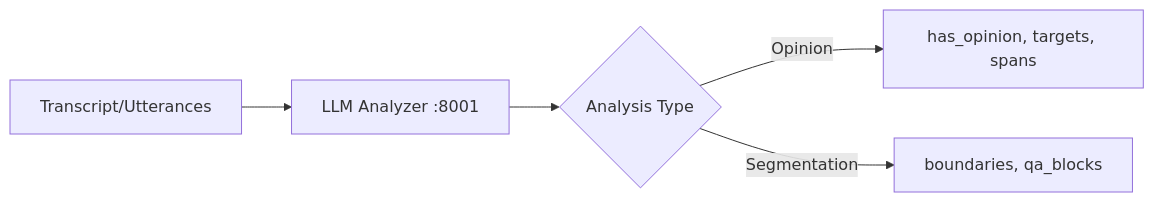
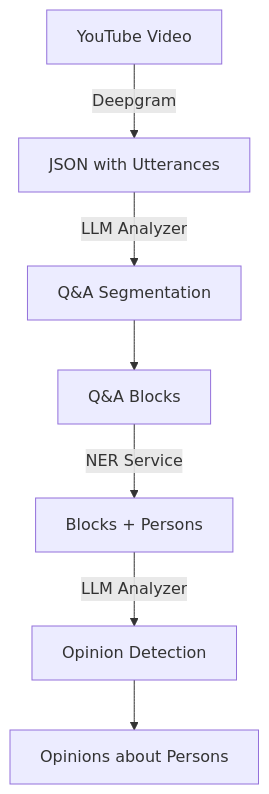
Before and after one commit to dremdem/media_rag_pipeline: the diagram in docs/LLM_ANALYZER_SERVICE.md, drawn with Mermaid. The commit also changed other lines of this file and 5 other files, not shown here.

First line of the commit message:
docs: improve pipeline documentation and add Deepgram JSON endpoint

````diff
--- a/docs/LLM_ANALYZER_SERVICE.md
+++ b/docs/LLM_ANALYZER_SERVICE.md
@@ -29,7 +33,9 @@
 ```mermaid
-graph LR
-    A[Transcript/Utterances] --> B[LLM Analyzer :8001]
-    B --> C{Analysis Type}
-    C -->|Opinion| D[has_opinion, targets, spans]
-    C -->|Segmentation| E[boundaries, qa_blocks]
+graph TD
+    A[YouTube Video] -->|Deepgram| B[JSON with Utterances]
+    B -->|LLM Analyzer| C[Q&A Segmentation]
+    C --> D[Q&A Blocks]
+    D -->|NER Service| E[Blocks + Persons]
+    E -->|LLM Analyzer| F[Opinion Detection]
+    F --> G[Opinions about Persons]
 ```
````
